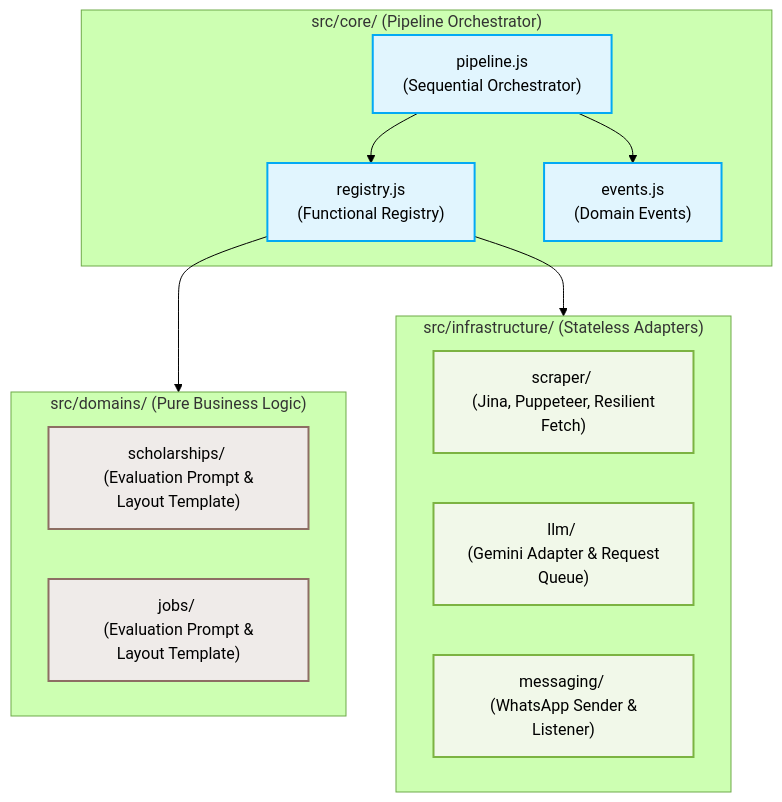
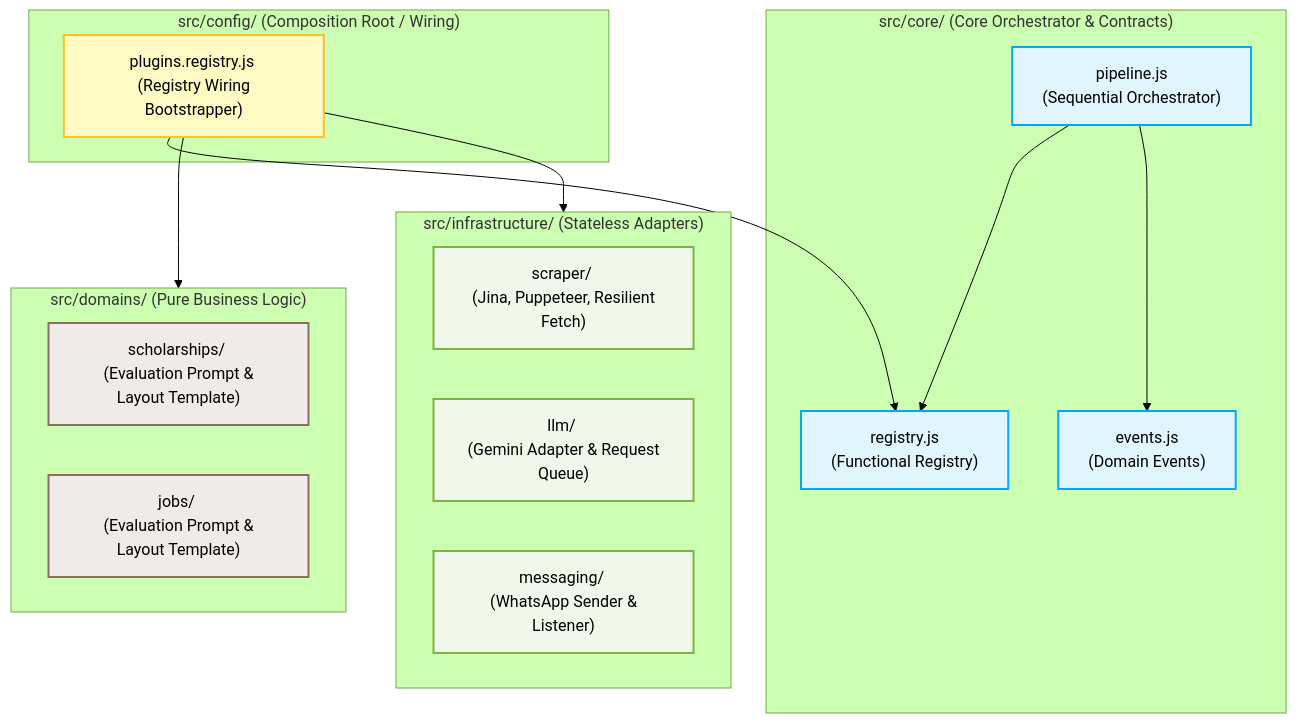
The first of 2 diagrams in README.md (AhmadHassan-BTed/Noria), drawn with Mermaid (forest theme) before and after one commit. The commit also changed other lines of this file and 2 other files, not shown here.

Commit message:
docs: update architecture diagrams, registry references, and changelog for hexagonal refactoring

````diff
--- a/README.md
+++ b/README.md
@@ -36,28 +36,34 @@
 ```mermaid
 graph TD
     classDef core fill:#e1f5fe,stroke:#03a9f4,stroke-width:2px;
     classDef domain fill:#efebe9,stroke:#8d6e63,stroke-width:2px;
     classDef infra fill:#f1f8e9,stroke:#7cb342,stroke-width:2px;
+    classDef config fill:#fff9c4,stroke:#fbc02d,stroke-width:2px;
 
     subgraph Domains ["src/domains/ (Pure Business Logic)"]
         Scholarships["scholarships/ <br> (Evaluation Prompt & Layout Template)"]:::domain
         Jobs["jobs/ <br> (Evaluation Prompt & Layout Template)"]:::domain
     end
 
-    subgraph Core ["src/core/ (Pipeline Orchestrator)"]
+    subgraph Core ["src/core/ (Core Orchestrator & Contracts)"]
         Pipeline["pipeline.js <br> (Sequential Orchestrator)"]:::core
         Registry["registry.js <br> (Functional Registry)"]:::core
         Events["events.js <br> (Domain Events)"]:::core
     end
 
     subgraph Infrastructure ["src/infrastructure/ (Stateless Adapters)"]
         Scrapers["scraper/ <br> (Jina, Puppeteer, Resilient Fetch)"]:::infra
         LLM["llm/ <br> (Gemini Adapter & Request Queue)"]:::infra
         Messaging["messaging/ <br> (WhatsApp Sender & Listener)"]:::infra
     end
 
+    subgraph Config ["src/config/ (Composition Root / Wiring)"]
+        PluginRegistry["plugins.registry.js <br> (Registry Wiring Bootstrapper)"]:::config
+    end
+
+    PluginRegistry --> Registry
+    PluginRegistry --> Domains
+    PluginRegistry --> Infrastructure
     Pipeline --> Registry
     Pipeline --> Events
-    Registry --> Domains
-    Registry --> Infrastructure
 ```
````
